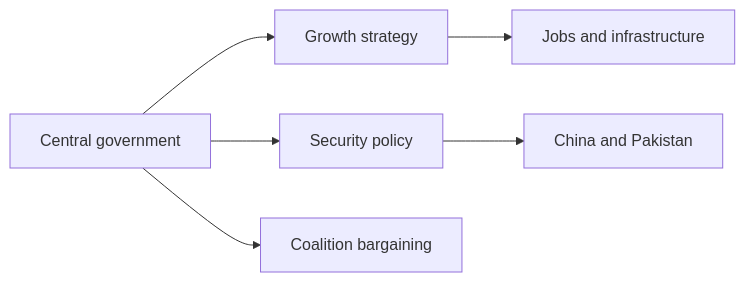
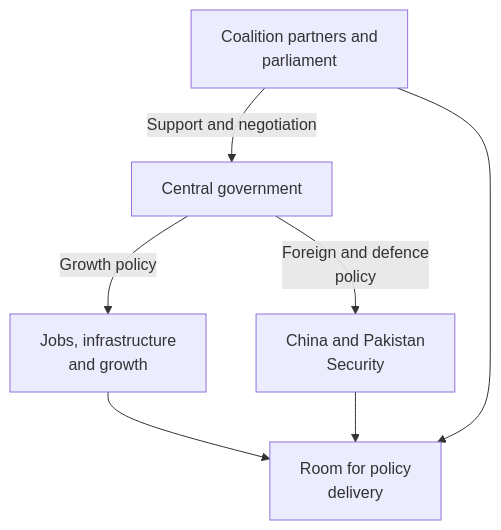
The first of 2 diagrams in articles/report/india-geopolitical-profile/en/index.mdx (daylight55/research), drawn with Mermaid before and after one commit. The commit also changed other lines of this file and 181 other files, not shown here.

First line of the commit message:
全記事の図解368点を再生成し、共通注意書きを削除 (#402)

````diff
--- a/articles/report/india-geopolitical-profile/en/index.mdx
+++ b/articles/report/india-geopolitical-profile/en/index.mdx
@@ -28,8 +28,16 @@
 ```mermaid
-flowchart LR
-  A["Central government"] --> B["Growth strategy"]
-  A --> C["Security policy"]
-  C --> D["China and Pakistan"]
-  B --> E["Jobs and infrastructure"]
-  A --> F["Coalition bargaining"]
+flowchart TD
+  accTitle: India's growth, security and coalition politics
+  accDescr: Jobs and infrastructure, security concerns involving China and Pakistan, and coalition negotiations shape central policy.
+  N0["Central government"]
+  N1["Jobs, infrastructure<br/>and growth"]
+  N2["China and Pakistan<br/>Security"]
+  N3["Coalition partners and<br/>parliament"]
+  N4["Room for policy<br/>delivery"]
+  N0 -->|Growth policy| N1
+  N0 -->|Foreign and defence<br/>policy| N2
+  N3 -->|Support and negotiation| N0
+  N1 --> N4
+  N2 --> N4
+  N3 --> N4
 ```
````
